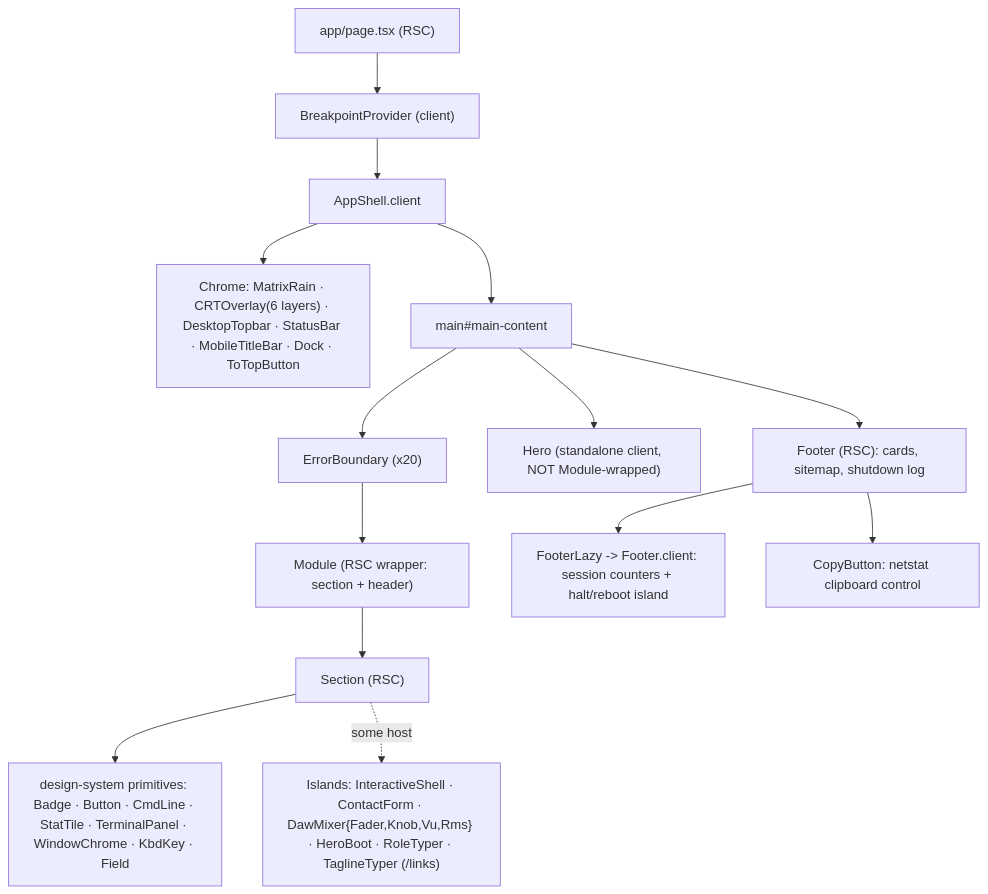
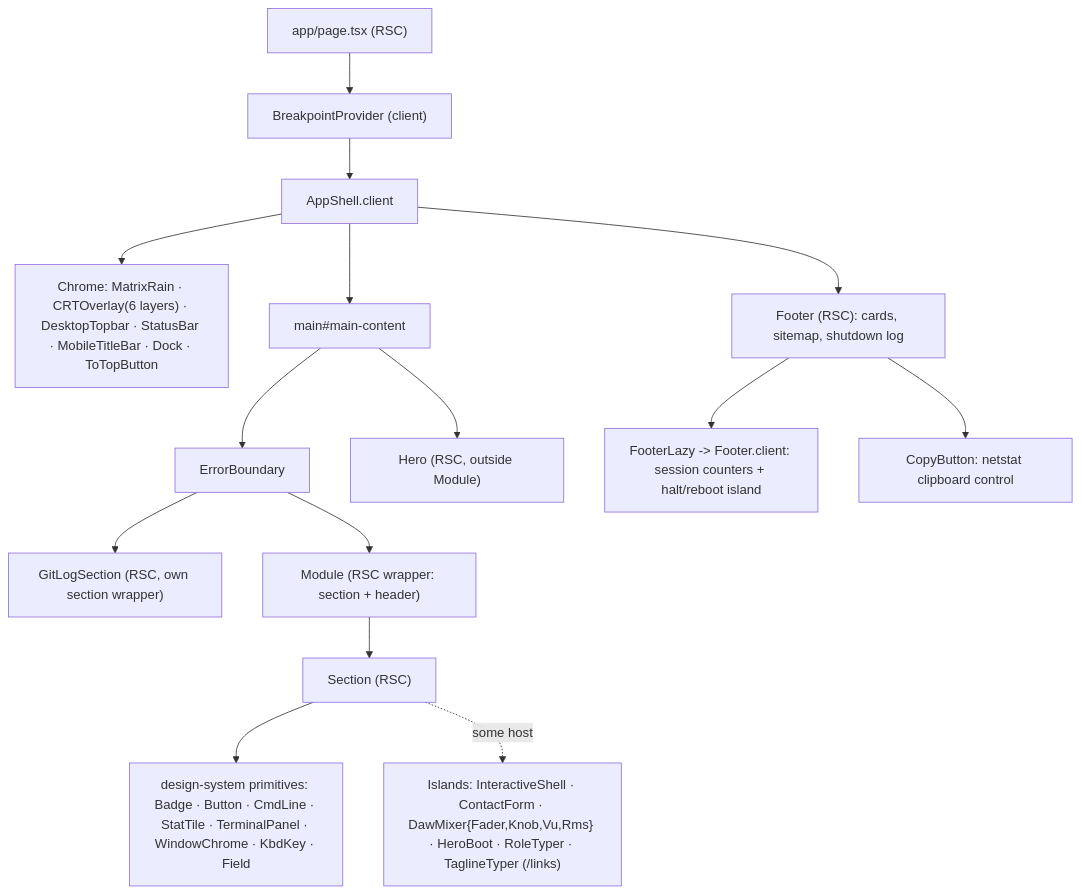
The first of 2 diagrams in docs/04-components-and-state.md (erikunha/portfolio), drawn with Mermaid before and after one commit. The commit also changed other lines of this file and 15 other files, not shown here.

````diff
--- a/docs/04-components-and-state.md
+++ b/docs/04-components-and-state.md
@@ -22,16 +22,17 @@
 ```mermaid
 flowchart TD
     page["app/page.tsx (RSC)"] --> bp["BreakpointProvider (client)"]
     bp --> shell["AppShell.client"]
     shell --> chrome["Chrome: MatrixRain · CRTOverlay(6 layers) · DesktopTopbar · StatusBar · MobileTitleBar · Dock · ToTopButton"]
     shell --> main["main#main-content"]
-    main --> eb["ErrorBoundary (x20)"]
+    main --> eb["ErrorBoundary"]
+    eb --> career["GitLogSection (RSC, own section wrapper)"]
     eb --> mod["Module (RSC wrapper: section + header)"]
     mod --> sec["Section (RSC)"]
     sec --> dsp["design-system primitives: Badge · Button · CmdLine · StatTile · TerminalPanel · WindowChrome · KbdKey · Field"]
     sec -. some host .-> isl["Islands: InteractiveShell · ContactForm · DawMixer{Fader,Knob,Vu,Rms} · HeroBoot · RoleTyper · TaglineTyper (/links)"]
-    main --> hero["Hero (standalone client, NOT Module-wrapped)"]
-    main --> fl["Footer (RSC): cards, sitemap, shutdown log"]
+    main --> hero["Hero (RSC, outside Module)"]
+    shell --> fl["Footer (RSC): cards, sitemap, shutdown log"]
     fl --> fi["FooterLazy -> Footer.client: session counters + halt/reboot island"]
     fl --> fc["CopyButton: netstat clipboard control"]
 ```
````
